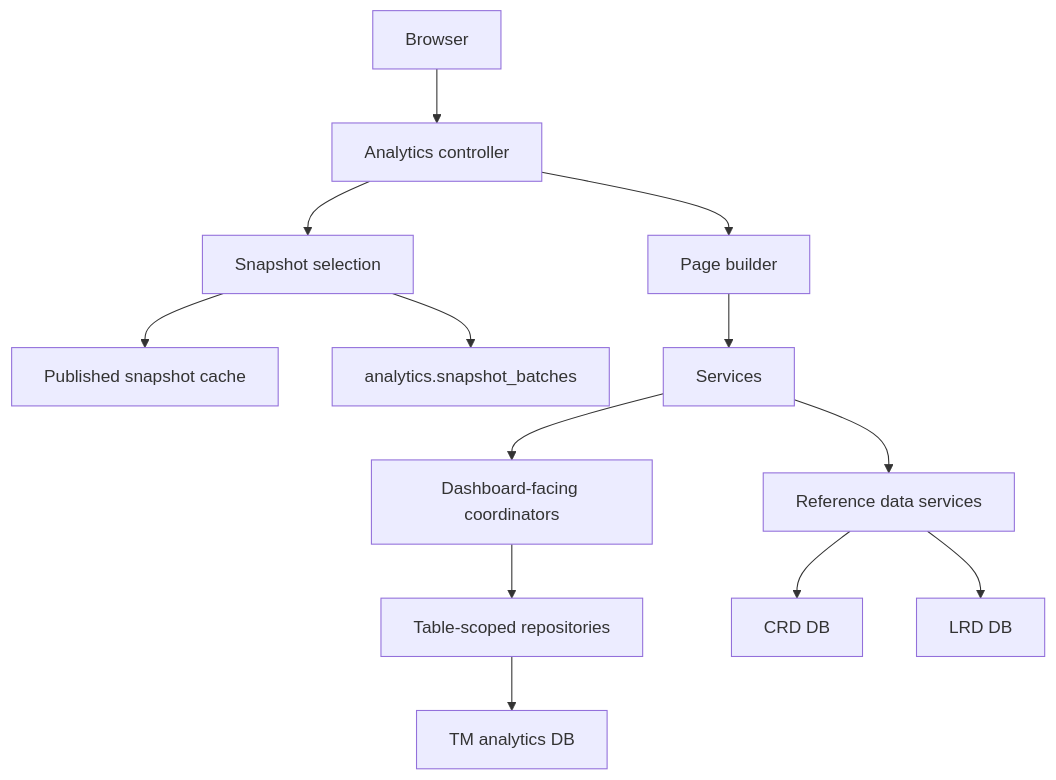
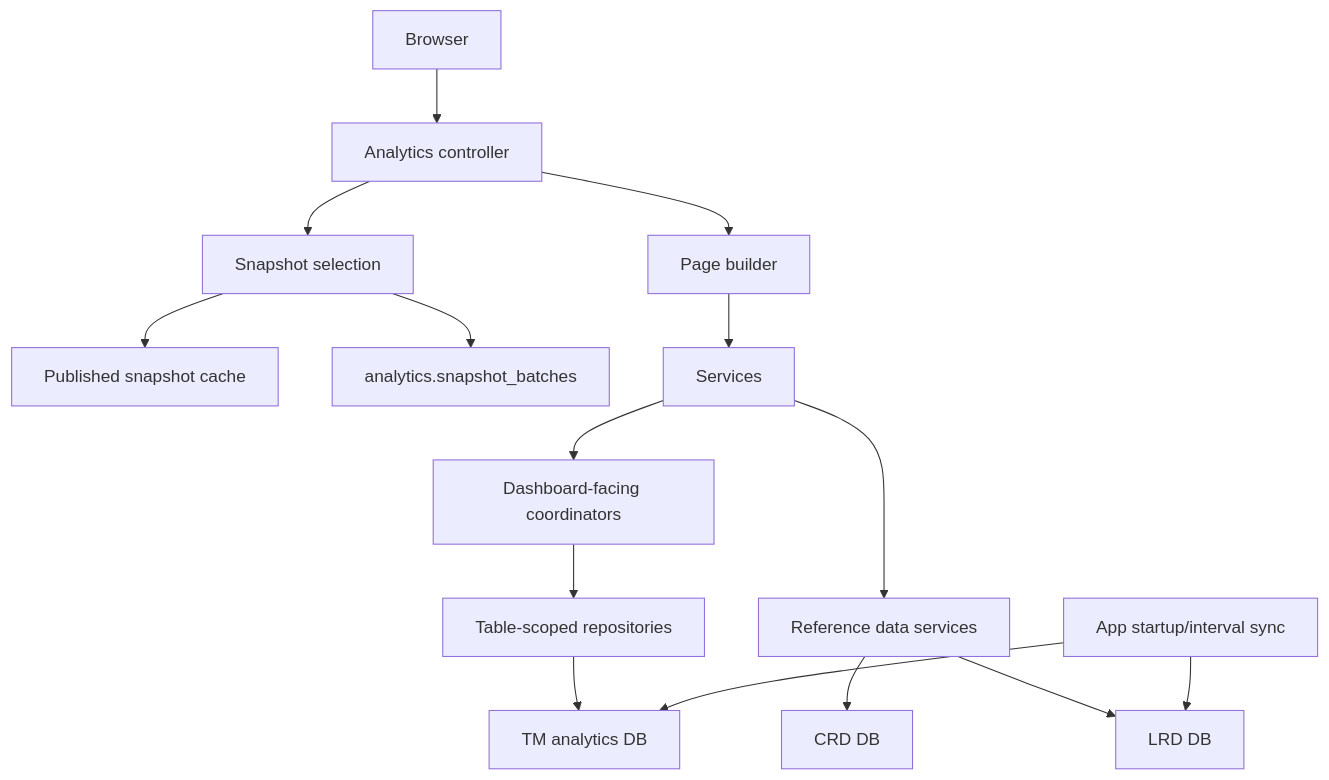
Before and after one commit to hmcts/wa-reporting-frontend: the diagram in docs/technical/data-sources/README.md, drawn with Mermaid. The commit also changed other lines of this file and 38 other files, not shown here.

````diff
--- a/docs/technical/data-sources/README.md
+++ b/docs/technical/data-sources/README.md
@@ -24,15 +24,17 @@
 ```mermaid
 flowchart TB
   Browser["Browser"] --> Controller["Analytics controller"]
   Controller --> SnapshotSelector["Snapshot selection"]
   SnapshotSelector --> CurrentCache["Published snapshot cache"]
   SnapshotSelector --> SnapshotMetadata["analytics.snapshot_batches"]
   Controller --> Page["Page builder"]
   Page --> Services["Services"]
   Services --> Coordinators["Dashboard-facing coordinators"]
   Coordinators --> Repositories["Table-scoped repositories"]
   Repositories --> TM["TM analytics DB"]
   Services --> ReferenceServices["Reference data services"]
   ReferenceServices --> CRD["CRD DB"]
   ReferenceServices --> LRD["LRD DB"]
+  Startup["App startup/interval sync"] --> LRD
+  Startup --> TM
 ```
````
